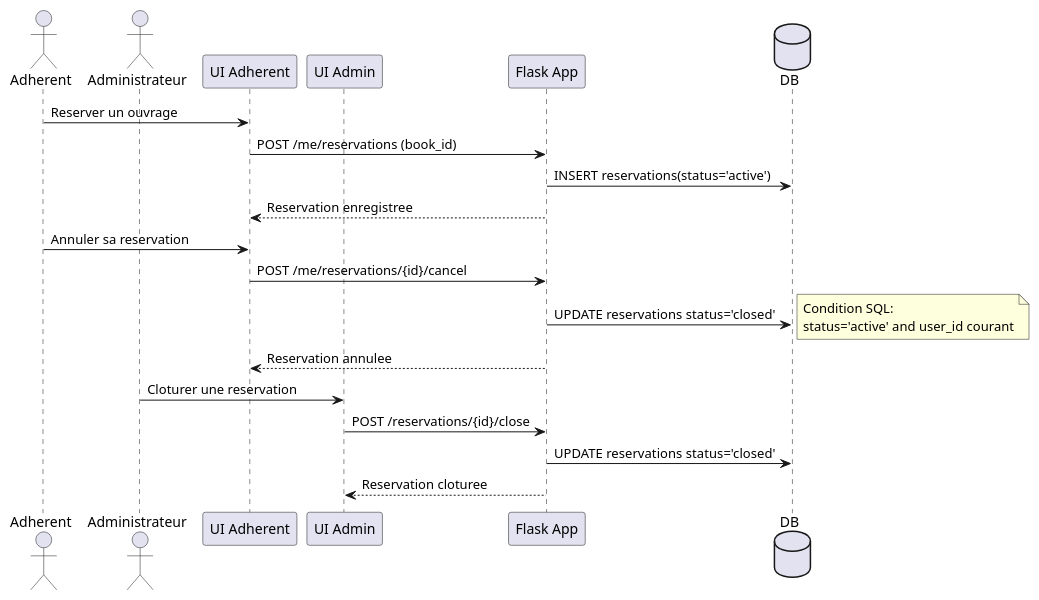
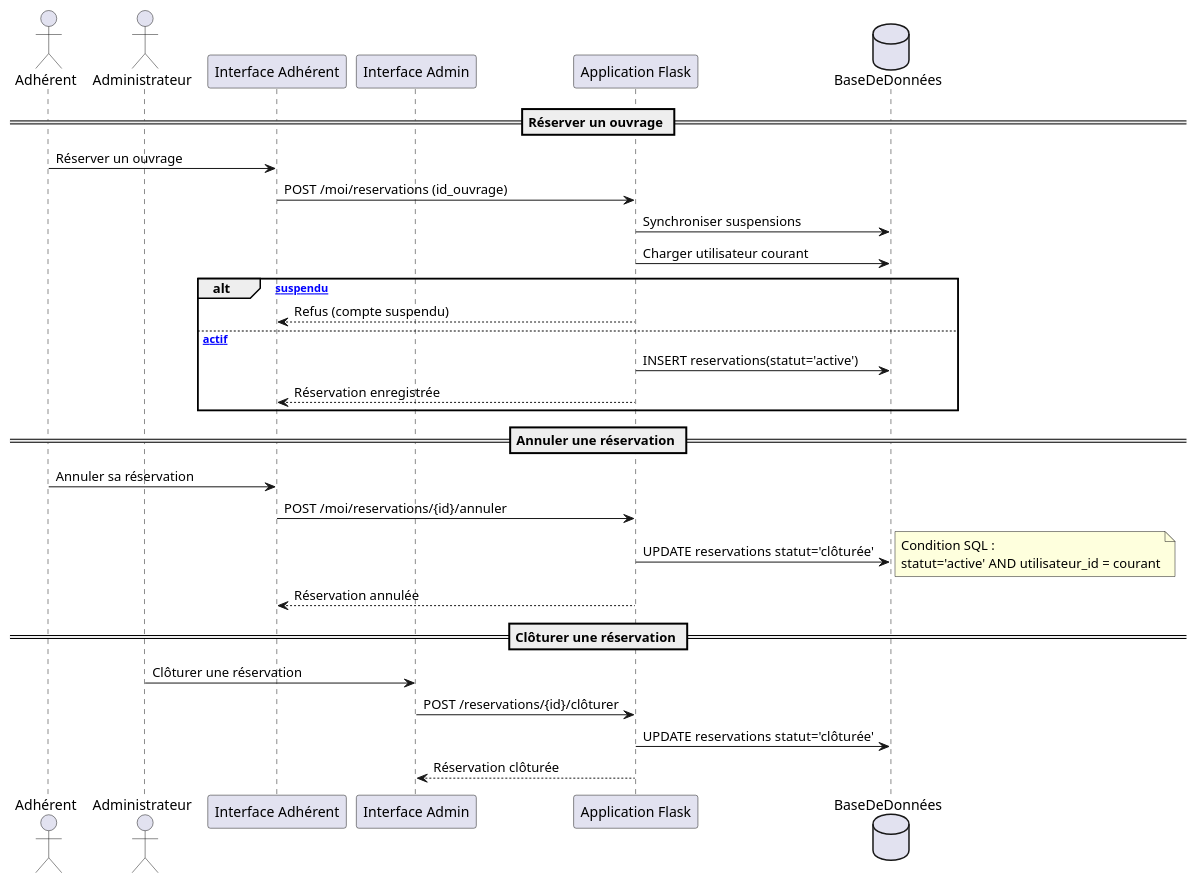
The diagram in diagrams/sequence_reservation.puml (JunRoot29/Gestion-d-une-Bibliotheque), drawn with PlantUML before and after one commit. The commit also changed 14 other files, not shown here.

```diff
--- a/diagrams/sequence_reservation.puml
+++ b/diagrams/sequence_reservation.puml
@@ -1,27 +1,37 @@
 @startuml
-actor Adherent
+actor Adhérent
 actor Administrateur
-participant "UI Adherent" as UUI
-participant "UI Admin" as AUI
-participant "Flask App" as APP
-database DB
+participant "Interface Adhérent" as UUI
+participant "Interface Admin" as AUI
+participant "Application Flask" as APP
+database BaseDeDonnées as DB
 
-Adherent -> UUI : Reserver un ouvrage
-UUI -> APP : POST /me/reservations (book_id)
-APP -> DB : INSERT reservations(status='active')
-APP --> UUI : Reservation enregistree
+== Réserver un ouvrage ==
+Adhérent -> UUI : Réserver un ouvrage
+UUI -> APP : POST /moi/reservations (id_ouvrage)
+APP -> DB : Synchroniser suspensions
+APP -> DB : Charger utilisateur courant
 
-Adherent -> UUI : Annuler sa reservation
-UUI -> APP : POST /me/reservations/{id}/cancel
-APP -> DB : UPDATE reservations status='closed'
+alt [Usager suspendu]
+  APP --> UUI : Refus (compte suspendu)
+else [Usager actif]
+  APP -> DB : INSERT reservations(statut='active')
+  APP --> UUI : Réservation enregistrée
+end
+
+== Annuler une réservation ==
+Adhérent -> UUI : Annuler sa réservation
+UUI -> APP : POST /moi/reservations/{id}/annuler
+APP -> DB : UPDATE reservations statut='clôturée'
 note right
-Condition SQL:
-status='active' and user_id courant
+Condition SQL :
+statut='active' AND utilisateur_id = courant
 end note
-APP --> UUI : Reservation annulee
+APP --> UUI : Réservation annulée
 
-Administrateur -> AUI : Cloturer une reservation
-AUI -> APP : POST /reservations/{id}/close
-APP -> DB : UPDATE reservations status='closed'
-APP --> AUI : Reservation cloturee
+== Clôturer une réservation ==
+Administrateur -> AUI : Clôturer une réservation
+AUI -> APP : POST /reservations/{id}/clôturer
+APP -> DB : UPDATE reservations statut='clôturée'
+APP --> AUI : Réservation clôturée
 @enduml
```
